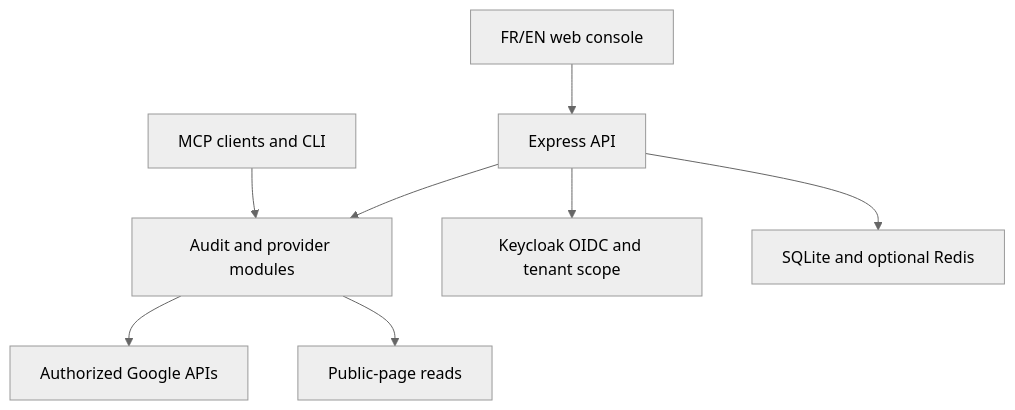
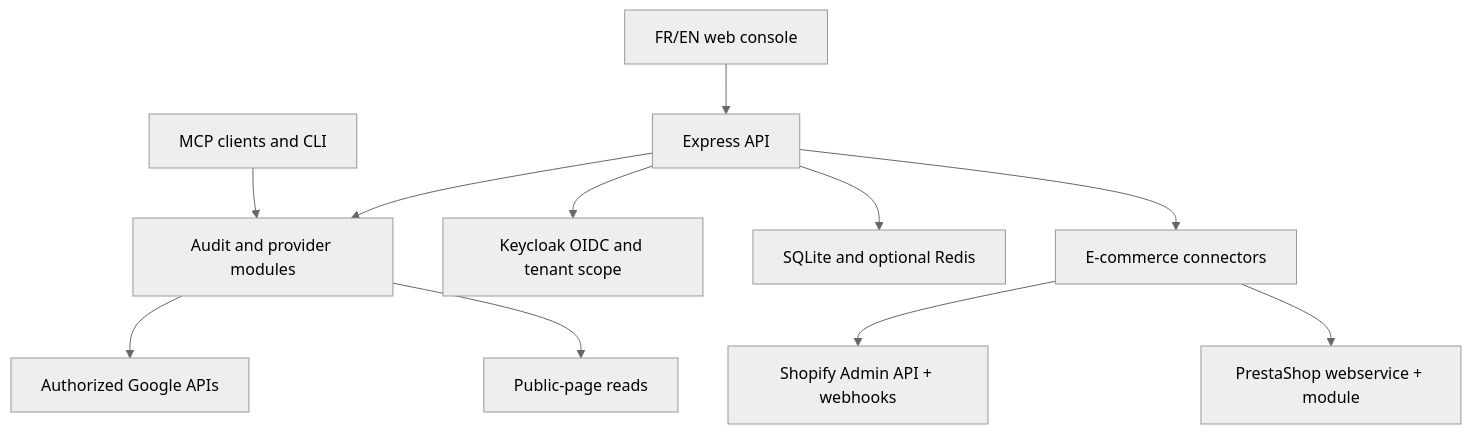
The first of 2 diagrams in README.md (Geoking2104/GTM-Growth), drawn with Mermaid (neutral theme) before and after one commit. The commit also changed other lines of this file and 25 other files, not shown here.

First line of the commit message:
feat(ecommerce): add Shopify & PrestaShop connectors with AI-aware attribution

````diff
--- a/README.md
+++ b/README.md
@@ -174,10 +200,13 @@
 ```mermaid
 flowchart TD
   MCP["MCP clients and CLI"] --> CORE["Audit and provider modules"]
   WEB["FR/EN web console"] --> API["Express API"]
   API --> AUTH["Keycloak OIDC and tenant scope"]
   API --> CORE
   API --> DB["SQLite and optional Redis"]
   CORE --> GOOGLE["Authorized Google APIs"]
   CORE --> PUBLIC["Public-page reads"]
+  API --> ECOM["E-commerce connectors"]
+  ECOM --> SHOPIFY["Shopify Admin API + webhooks"]
+  ECOM --> PRESTA["PrestaShop webservice + module"]
 ```
````
